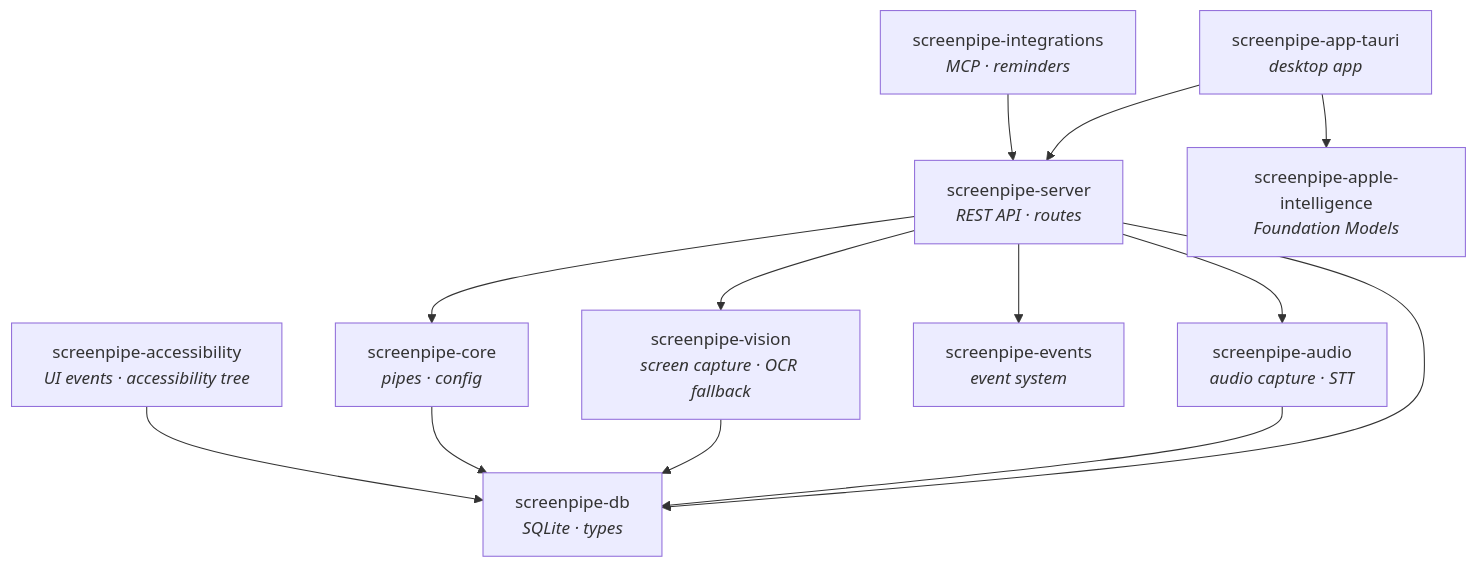
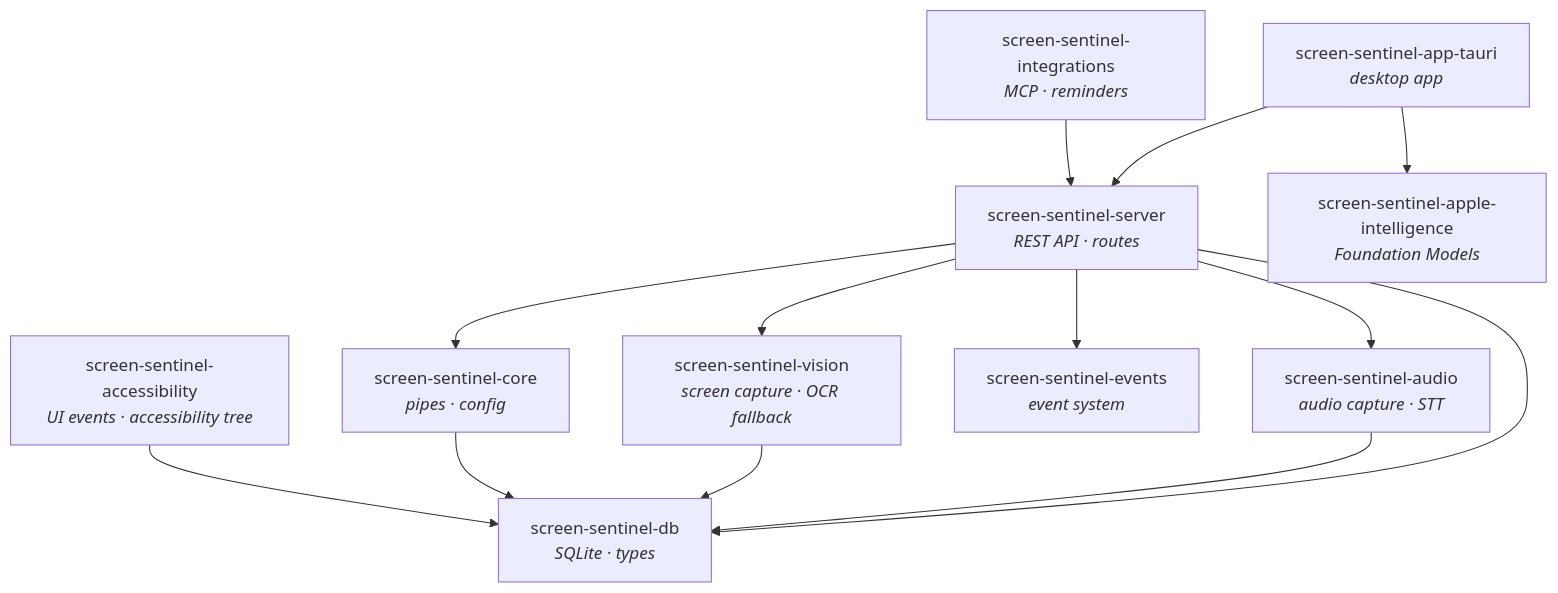
Before and after one commit to Samuel-Harris/screen-sentinel: the third of 4 diagrams in docs/mintlify/docs-mintlify-mig-tmp/architecture.mdx, drawn with Mermaid. The commit also changed other lines of this file and 1573 other files, not shown here.

First line of the commit message:
refactor: rename screenpipe to Screen Sentinel

````diff
--- a/docs/mintlify/docs-mintlify-mig-tmp/architecture.mdx
+++ b/docs/mintlify/docs-mintlify-mig-tmp/architecture.mdx
@@ -99,26 +99,26 @@
 ```mermaid
 graph TD
-    APP[screenpipe-app-tauri<br/><i>desktop app</i>]
-    SERVER[screenpipe-server<br/><i>REST API · routes</i>]
-    DB[screenpipe-db<br/><i>SQLite · types</i>]
-    VISION[screenpipe-vision<br/><i>screen capture · OCR fallback</i>]
-    AUDIO[screenpipe-audio<br/><i>audio capture · STT</i>]
-    CORE[screenpipe-core<br/><i>pipes · config</i>]
-    EVENTS[screenpipe-events<br/><i>event system</i>]
-    A11Y[screenpipe-accessibility<br/><i>UI events · accessibility tree</i>]
-    AI[screenpipe-apple-intelligence<br/><i>Foundation Models</i>]
-    INT[screenpipe-integrations<br/><i>MCP · reminders</i>]
+    APP[screen-sentinel-app-tauri<br/><i>desktop app</i>]
+    SERVER[screen-sentinel-server<br/><i>REST API · routes</i>]
+    DB[screen-sentinel-db<br/><i>SQLite · types</i>]
+    VISION[screen-sentinel-vision<br/><i>screen capture · OCR fallback</i>]
+    AUDIO[screen-sentinel-audio<br/><i>audio capture · STT</i>]
+    CORE[screen-sentinel-core<br/><i>pipes · config</i>]
+    EVENTS[screen-sentinel-events<br/><i>event system</i>]
+    A11Y[screen-sentinel-accessibility<br/><i>UI events · accessibility tree</i>]
+    AI[screen-sentinel-apple-intelligence<br/><i>Foundation Models</i>]
+    INT[screen-sentinel-integrations<br/><i>MCP · reminders</i>]
 
     APP --> SERVER
     APP --> AI
     SERVER --> DB
     SERVER --> VISION
     SERVER --> AUDIO
     SERVER --> CORE
     SERVER --> EVENTS
     AUDIO --> DB
     VISION --> DB
     CORE --> DB
     A11Y --> DB
     INT --> SERVER
 ```
````
